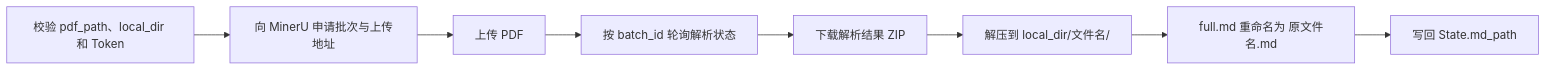
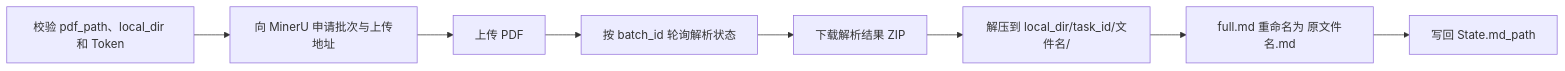
Before and after one commit to Tiiauo/RAGProject: the third of 6 diagrams in README.md, drawn with Mermaid. The commit also changed other lines of this file and 10 other files, not shown here.

````diff
--- a/README.md
+++ b/README.md
@@ -75,10 +75,10 @@
 ```mermaid
 flowchart LR
     Check["校验 pdf_path、local_dir 和 Token"] --> Batch["向 MinerU 申请批次与上传地址"]
     Batch --> Upload["上传 PDF"]
     Upload --> Poll["按 batch_id 轮询解析状态"]
     Poll --> Download["下载解析结果 ZIP"]
-    Download --> Unzip["解压到 local_dir/文件名/"]
+    Download --> Unzip["解压到 local_dir/task_id/文件名/"]
     Unzip --> Rename["full.md 重命名为 原文件名.md"]
     Rename --> State["写回 State.md_path"]
 ```
````
